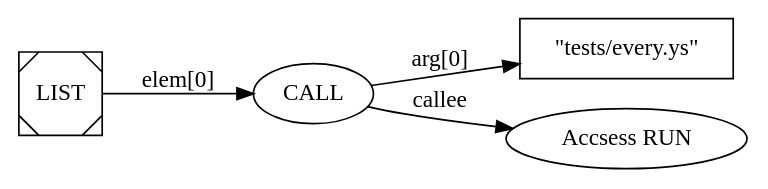
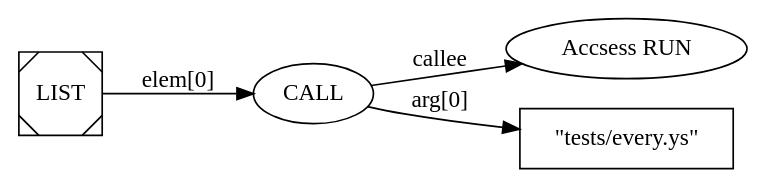
One commit to xXrederXx/YSharp changed the diagram in DOT/DOT-stdin.dot. Above: the diagram before and after it, drawn with Graphviz. The commit also changed 4 other files, not shown here.

```diff
--- a/DOT/DOT-stdin.dot
+++ b/DOT/DOT-stdin.dot
@@ -1,10 +1,10 @@
 digraph AST {
 rankdir=LR;
   node0 [label="LIST" shape="Msquare"];
   node1 [label="CALL" shape="ellipse"];
-  node2 [label="\"tests/every.ys\"" shape="rect"];
-  node1 -> node2 [label="arg[0]"];
-  node3 [label="Accsess RUN" shape="ellipse"];
-  node1 -> node3 [label="callee"];
+  node2 [label="Accsess RUN" shape="ellipse"];
+  node1 -> node2 [label="callee"];
+  node3 [label="\"tests/every.ys\"" shape="rect"];
+  node1 -> node3 [label="arg[0]"];
   node0 -> node1 [label="elem[0]"];
 }
```
